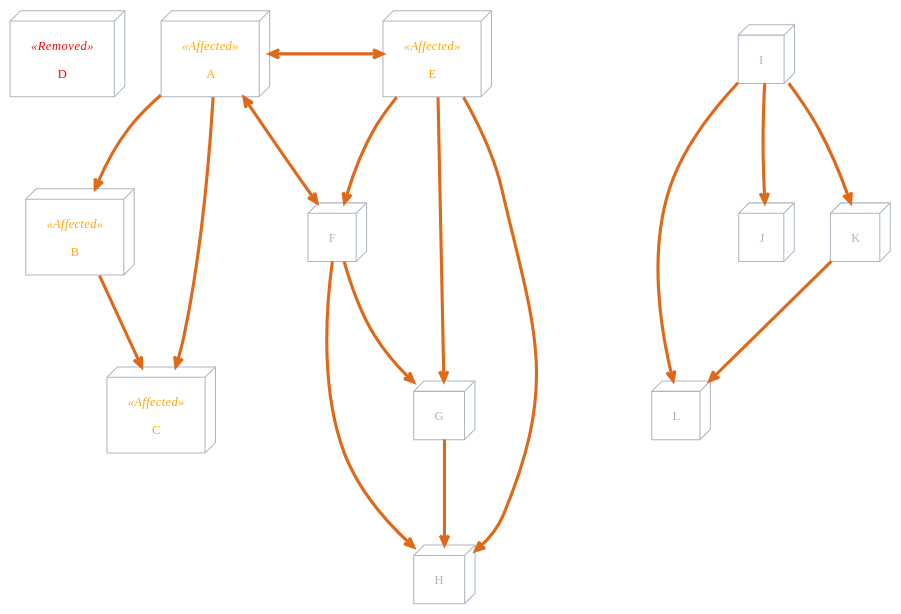
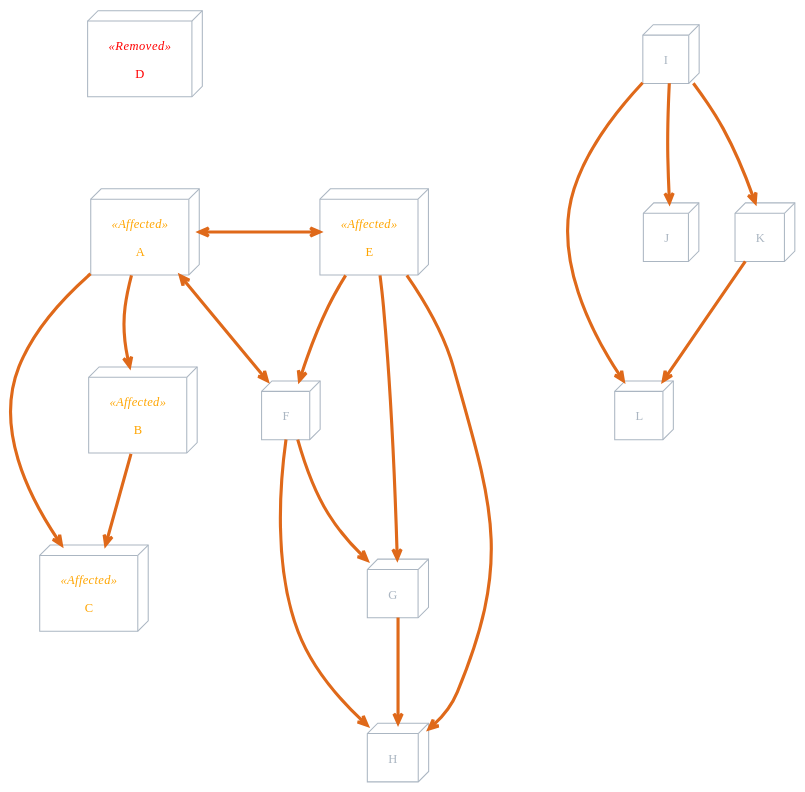
The fourth of 5 diagrams in README.org (TheLetterTheta/Zeitplan), drawn with PlantUML before and after one commit. The commit also changed other lines of this file and 2 other files, not shown here.

```diff
--- a/README.org
+++ b/README.org
@@ -224,44 +230,44 @@
 #+begin_src plantuml :noweb :file Meeting_Graph_Altered_Removed.png :exports results
 !theme superhero-outline
 
 skinparam node {
         fontColor<<Affected>> orange
         fontColor<<Removed>> red
 }
 
 node D <<Removed>>
 node A <<Affected>>
 node B <<Affected>>
 node C <<Affected>>
 node E <<Affected>>
 
 node E
 node F
 node G
 node H
 node I
 node J
 node K
 node L
 
-D -[hidden]right-> A
+D -[hidden]down-> A
 
 A -down-> B : subset
 B -down-> C : subset
 A -> C : subset
 
 E -down-> F : subset
 F -down-> G : subset
 G -down-> H : subset
 E -> G : subset
 E -> H : subset
 F -> H : subset
 
 I -down-> J : subset
 I -down-> K : subset
 K -down-> L : subset
 I -> L : subset
 
 A <-> E : intersects
 A <-> F : intersects
 #+end_src
```
